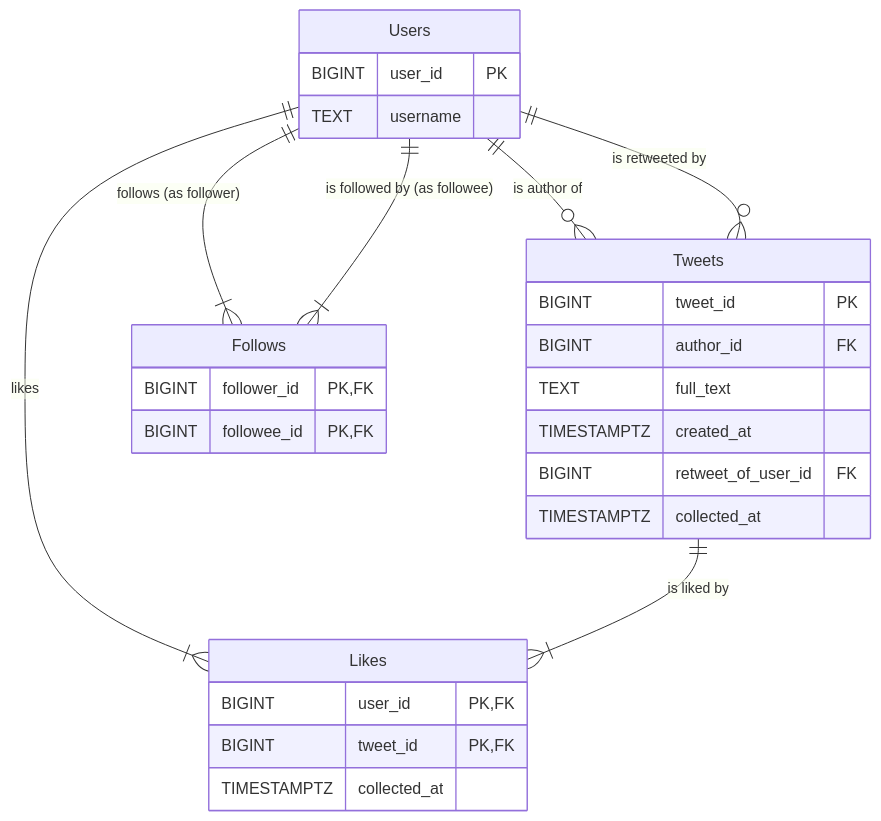
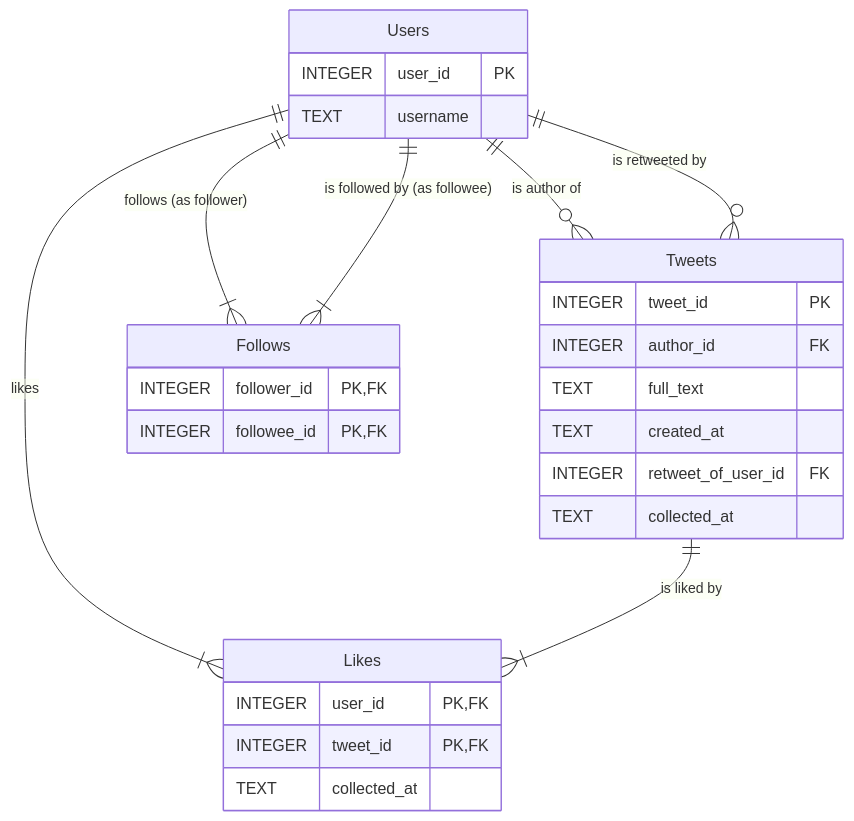
The diagram in README.md (Einengutenmorgen/LSS-Twon-DB), drawn with Mermaid before and after one commit. The commit also changed other lines of this file and 6 other files, not shown here.

````diff
--- a/README.md
+++ b/README.md
@@ -23,34 +25,34 @@
 ```mermaid
 erDiagram
     Users {
-        BIGINT user_id PK
+        INTEGER user_id PK
         TEXT username
     }
 
     Tweets {
-        BIGINT tweet_id PK
-        BIGINT author_id FK
+        INTEGER tweet_id PK
+        INTEGER author_id FK
         TEXT full_text
-        TIMESTAMPTZ created_at
-        BIGINT retweet_of_user_id FK
-        TIMESTAMPTZ collected_at
+        TEXT created_at
+        INTEGER retweet_of_user_id FK
+        TEXT collected_at
     }
 
     Follows {
-        BIGINT follower_id PK, FK
-        BIGINT followee_id PK, FK
+        INTEGER follower_id PK, FK
+        INTEGER followee_id PK, FK
     }
 
     Likes {
-        BIGINT user_id PK, FK
-        BIGINT tweet_id PK, FK
-        TIMESTAMPTZ collected_at
+        INTEGER user_id PK, FK
+        INTEGER tweet_id PK, FK
+        TEXT collected_at
     }
 
     Users ||--o{ Tweets : "is author of"
     Users ||--o{ Tweets : "is retweeted by"
     Users ||--|{ Follows : "follows (as follower)"
     Users ||--|{ Follows : "is followed by (as followee)"
     Users ||--|{ Likes : "likes"
     Tweets ||--|{ Likes : "is liked by"
 ```
````
